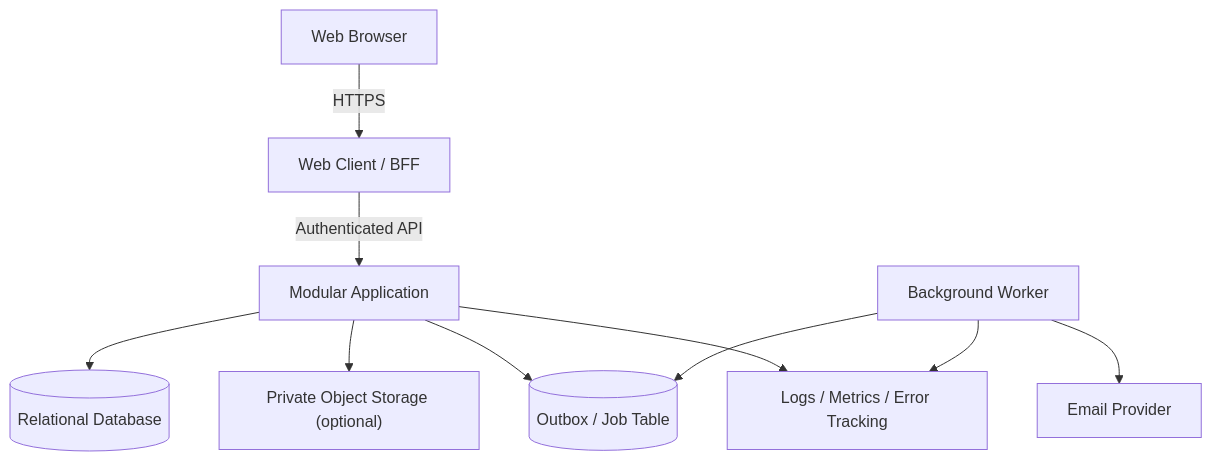
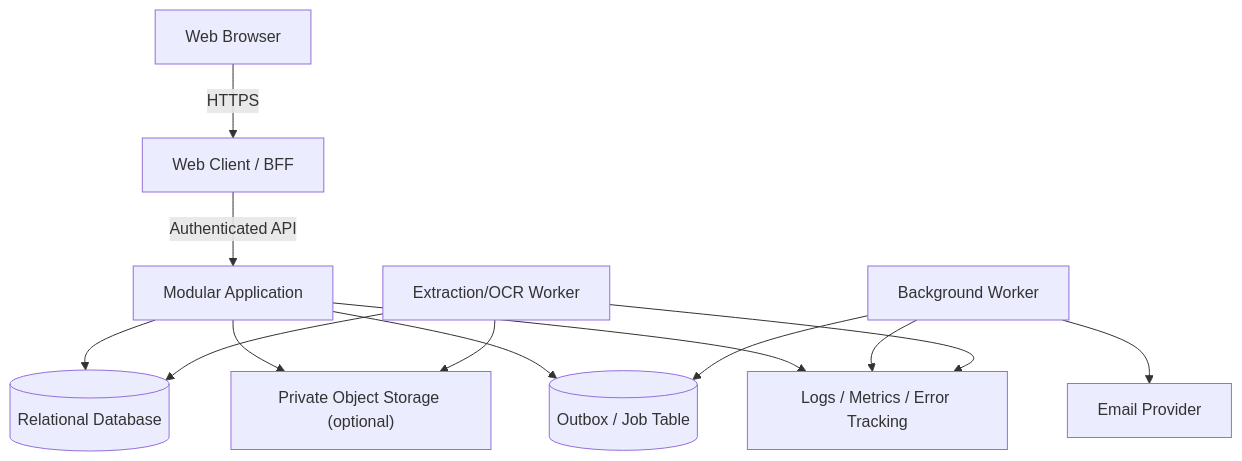
The second of 5 diagrams in docs/Project_Architecture/software_architecture.md (tnnhuaa/InterviewQuestionBank), drawn with Mermaid before and after one commit. The commit also changed other lines of this file and 8 other files, not shown here.

````diff
--- a/docs/Project_Architecture/software_architecture.md
+++ b/docs/Project_Architecture/software_architecture.md
@@ -89,12 +98,15 @@
 ```mermaid
 flowchart TB
     Browser["Web Browser"] -->|HTTPS| WebUI["Web Client / BFF"]
     WebUI -->|Authenticated API| App["Modular Application"]
     App --> DB[("Relational Database")]
     App --> Obj["Private Object Storage (optional)"]
     App --> Outbox[("Outbox / Job Table")]
+    DocWorker["Extraction/OCR Worker"] --> DB
+    DocWorker --> Obj
     Worker["Background Worker"] --> Outbox
     Worker --> Email["Email Provider"]
     App --> Obs["Logs / Metrics / Error Tracking"]
     Worker --> Obs
+    DocWorker --> Obs
 ```
````
